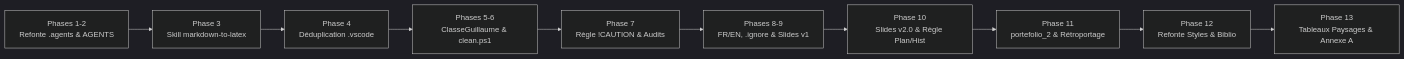
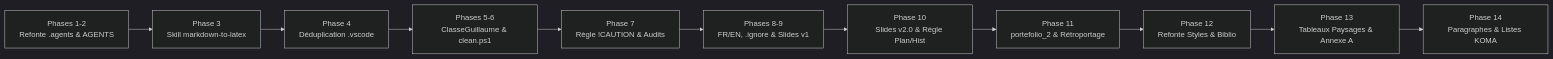
Before and after one commit to GuillaumeWnt/latex: the diagram in docs/historique.md, drawn with Mermaid (dark theme). The commit also changed other lines of this file and 6 other files, not shown here.

````diff
--- a/docs/historique.md
+++ b/docs/historique.md
@@ -5,12 +5,13 @@
 ```mermaid
 flowchart LR
   P1["Phases 1-2<br/>Refonte .agents & AGENTS"] --> P3["Phase 3<br/>Skill markdown-to-latex"]
   P3 --> P4["Phase 4<br/>Déduplication .vscode"]
   P4 --> P56["Phases 5-6<br/>ClasseGuillaume & clean.ps1"]
   P56 --> P7["Phase 7<br/>Règle !CAUTION & Audits"]
   P7 --> P89["Phases 8-9<br/>FR/EN, .ignore & Slides v1"]
   P89 --> P10["Phase 10<br/>Slides v2.0 & Règle Plan/Hist"]
   P10 --> P11["Phase 11<br/>portefolio_2 & Rétroportage"]
   P11 --> P12["Phase 12<br/>Refonte Styles & Biblio"]
   P12 --> P13["Phase 13<br/>Tableaux Paysages & Annexe A"]
+  P13 --> P14["Phase 14<br/>Paragraphes & Listes KOMA"]
 ```
````
